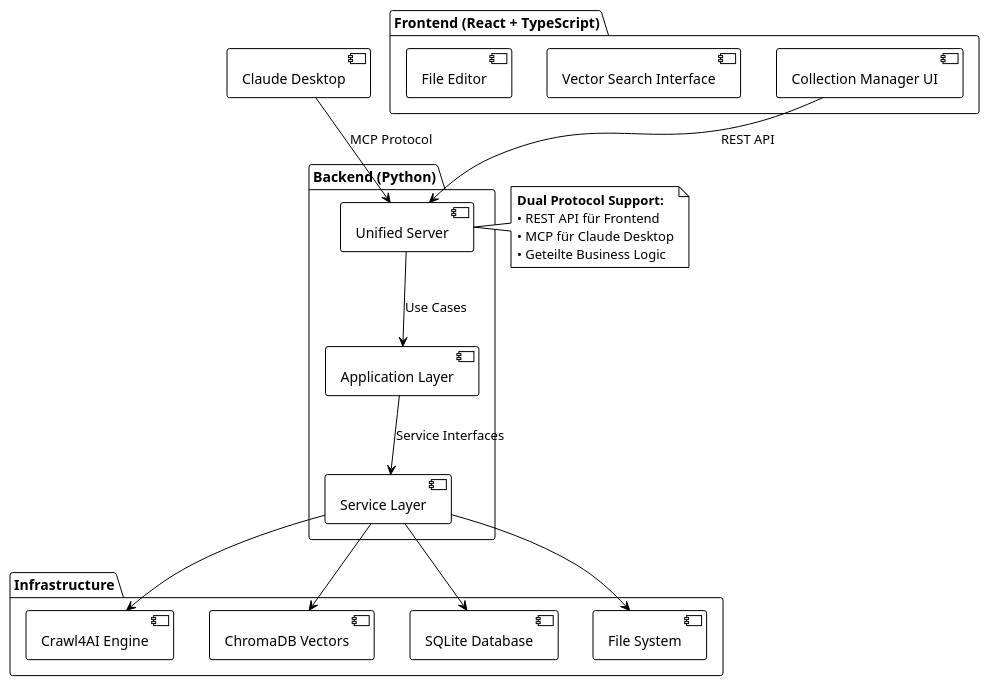
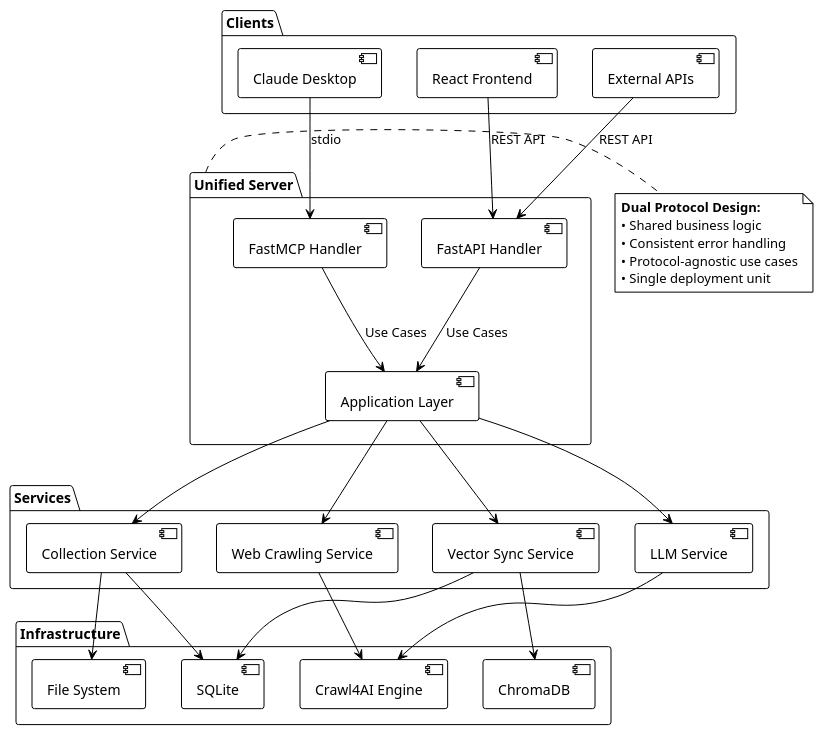
The first of 13 diagrams in docs/ARCHITECTURE.md (fwegener83/crawl4ai-mcp-server), drawn with PlantUML before and after one commit. The commit also changed other lines of this file and 36 other files, not shown here.

````diff
--- a/docs/ARCHITECTURE.md
+++ b/docs/ARCHITECTURE.md
@@ -18,41 +21,59 @@
 ```puml
-@startuml System Overview
+@startuml system_overview
 !theme plain
 
-package "Frontend (React + TypeScript)" {
-  [Collection Manager UI]
-  [Vector Search Interface]
-  [File Editor]
+package "Clients" {
+  [Claude Desktop] as Claude
+  [React Frontend] as React
+  [External APIs] as External
 }
 
-package "Backend (Python)" {
-  [Unified Server] 
-  [Application Layer]
-  [Service Layer]
+package "Unified Server" as Server {
+  [FastMCP Handler] as MCP
+  [FastAPI Handler] as HTTP
+  [Application Layer] as Apps
+}
+
+package "Services" {
+  [Collection Service] as CollService
+  [Web Crawling Service] as WebService  
+  [Vector Sync Service] as VectorService
+  [LLM Service] as LLMService
 }
 
 package "Infrastructure" {
-  [Crawl4AI Engine]
-  [ChromaDB Vectors]
-  [SQLite Database]
-  [File System]
+  database [SQLite] as DB
+  database [ChromaDB] as Vector
+  database [File System] as FS
+  cloud [Crawl4AI Engine] as Crawl
 }
 
-[Collection Manager UI] --> [Unified Server] : REST API
-[Claude Desktop] --> [Unified Server] : MCP Protocol
-[Unified Server] --> [Application Layer] : Use Cases
-[Application Layer] --> [Service Layer] : Service Interfaces
-[Service Layer] --> [Crawl4AI Engine]
-[Service Layer] --> [ChromaDB Vectors]
-[Service Layer] --> [SQLite Database]
-[Service Layer] --> [File System]
+Claude --> MCP : stdio
+React --> HTTP : REST API
+External --> HTTP : REST API
 
-note right of [Unified Server]
-  **Dual Protocol Support:**
-  • REST API für Frontend
-  • MCP für Claude Desktop
-  • Geteilte Business Logic
+MCP --> Apps : Use Cases
+HTTP --> Apps : Use Cases
+
+Apps --> CollService
+Apps --> WebService
+Apps --> VectorService
+Apps --> LLMService
+
+CollService --> DB
+CollService --> FS
+WebService --> Crawl
+VectorService --> Vector
+VectorService --> DB
+LLMService --> Crawl
+
+note right of Server
+  **Dual Protocol Design:**
+  • Shared business logic
+  • Consistent error handling  
+  • Protocol-agnostic use cases
+  • Single deployment unit
 end note
 
 @enduml
 ```
````
